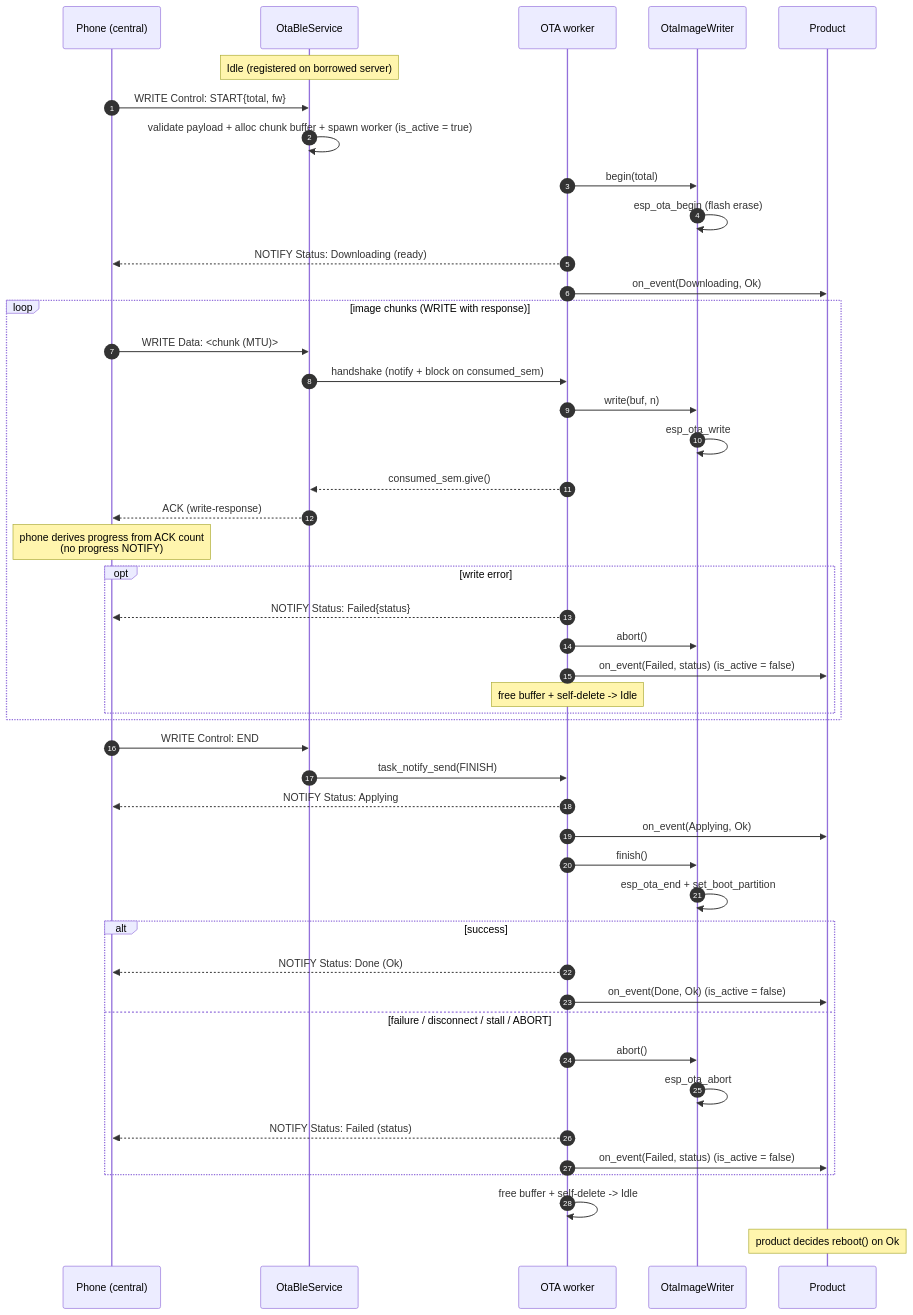
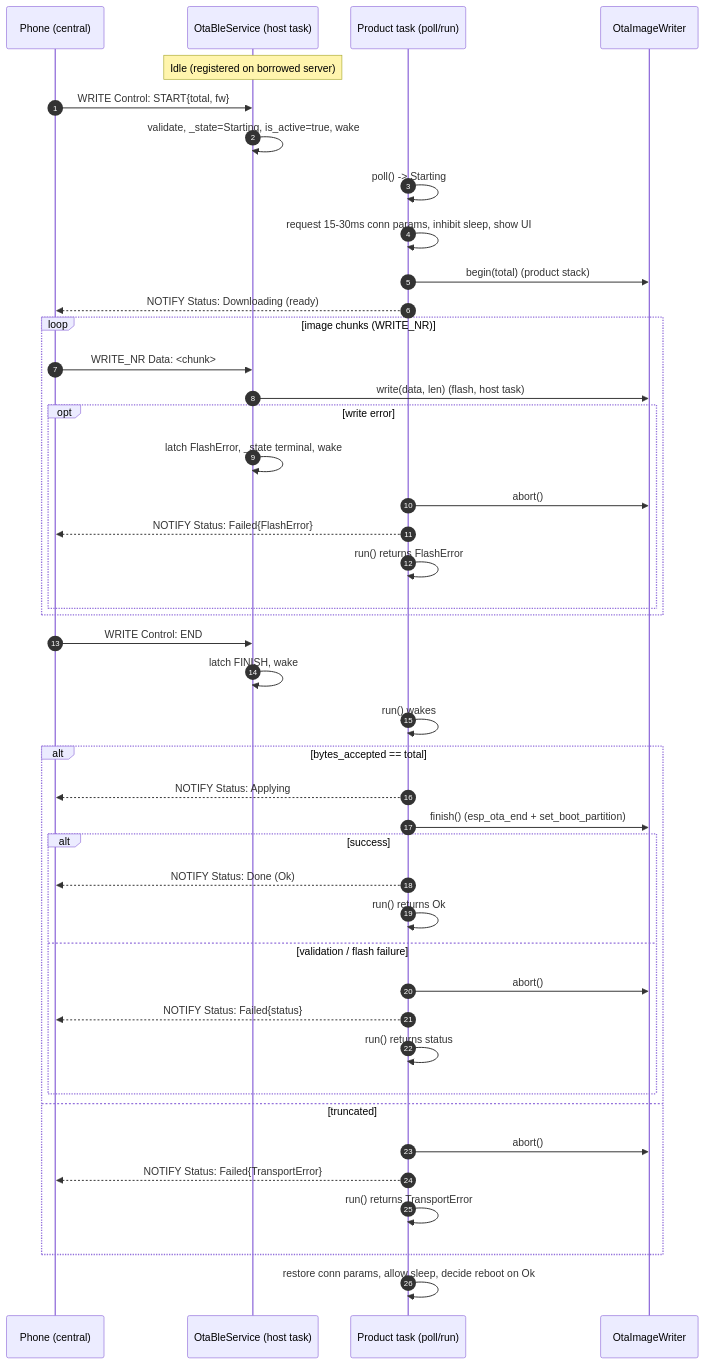
One commit to mattMRBH/firmware-core changed the third of 3 diagrams in components/airgradient-ota/spec-ble.md. Above: the diagram before and after it, drawn with Mermaid. The commit also changed other lines of this file and 9 other files, not shown here.

````diff
--- a/components/airgradient-ota/spec-ble.md
+++ b/components/airgradient-ota/spec-ble.md
@@ -593,53 +603,49 @@
 ```mermaid
 sequenceDiagram
     autonumber
     participant Ph as Phone (central)
-    participant B as OtaBleService
-    participant WK as OTA worker
+    participant CB as OtaBleService (host task)
+    participant PT as Product task (poll/run)
     participant W as OtaImageWriter
-    participant P as Product
 
-    Note over B: Idle (registered on borrowed server)
+    Note over CB: Idle (registered on borrowed server)
 
-    Ph->>B: WRITE Control: START{total, fw}
-    B->>B: validate payload + alloc chunk buffer + spawn worker (is_active = true)
-    WK->>W: begin(total)
-    W->>W: esp_ota_begin (flash erase)
-    WK-->>Ph: NOTIFY Status: Downloading  (ready)
-    WK->>P: on_event(Downloading, Ok)
+    Ph->>CB: WRITE Control: START{total, fw}
+    CB->>CB: validate, _state=Starting, is_active=true, wake
+    PT->>PT: poll() -> Starting
+    PT->>PT: request 15-30ms conn params, inhibit sleep, show UI
+    PT->>W: begin(total)  (product stack)
+    PT-->>Ph: NOTIFY Status: Downloading (ready)
 
-    loop image chunks (WRITE with response)
-        Ph->>B: WRITE Data: <chunk (MTU)>
-        B->>WK: handshake (notify + block on consumed_sem)
-        WK->>W: write(buf, n)
-        W->>W: esp_ota_write
-        WK-->>B: consumed_sem.give()
-        B-->>Ph: ACK (write-response)
-        Note over Ph: phone derives progress from ACK count<br/>(no progress NOTIFY)
+    loop image chunks (WRITE_NR)
+        Ph->>CB: WRITE_NR Data: <chunk>
+        CB->>W: write(data, len)  (flash, host task)
         opt write error
-            WK-->>Ph: NOTIFY Status: Failed{status}
-            WK->>W: abort()
-            WK->>P: on_event(Failed, status)  (is_active = false)
-            Note over WK: free buffer + self-delete -> Idle
+            CB->>CB: latch FlashError, _state terminal, wake
+            PT->>W: abort()
+            PT-->>Ph: NOTIFY Status: Failed{FlashError}
+            PT->>PT: run() returns FlashError
         end
     end
 
-    Ph->>B: WRITE Control: END
-    B->>WK: task_notify_send(FINISH)
-    WK-->>Ph: NOTIFY Status: Applying
-    WK->>P: on_event(Applying, Ok)
-    WK->>W: finish()
-    W->>W: esp_ota_end + set_boot_partition
-
-    alt success
-        WK-->>Ph: NOTIFY Status: Done (Ok)
-        WK->>P: on_event(Done, Ok)  (is_active = false)
-    else failure / disconnect / stall / ABORT
-        WK->>W: abort()
-        W->>W: esp_ota_abort
-        WK-->>Ph: NOTIFY Status: Failed (status)
-        WK->>P: on_event(Failed, status)  (is_active = false)
+    Ph->>CB: WRITE Control: END
+    CB->>CB: latch FINISH, wake
+    PT->>PT: run() wakes
+    alt bytes_accepted == total
+        PT-->>Ph: NOTIFY Status: Applying
+        PT->>W: finish()  (esp_ota_end + set_boot_partition)
+        alt success
+            PT-->>Ph: NOTIFY Status: Done (Ok)
+            PT->>PT: run() returns Ok
+        else validation / flash failure
+            PT->>W: abort()
+            PT-->>Ph: NOTIFY Status: Failed{status}
+            PT->>PT: run() returns status
+        end
+    else truncated
+        PT->>W: abort()
+        PT-->>Ph: NOTIFY Status: Failed{TransportError}
+        PT->>PT: run() returns TransportError
     end
-    WK->>WK: free buffer + self-delete -> Idle
-    Note over P: product decides reboot() on Ok
+    PT->>PT: restore conn params, allow sleep, decide reboot on Ok
 ```
````
